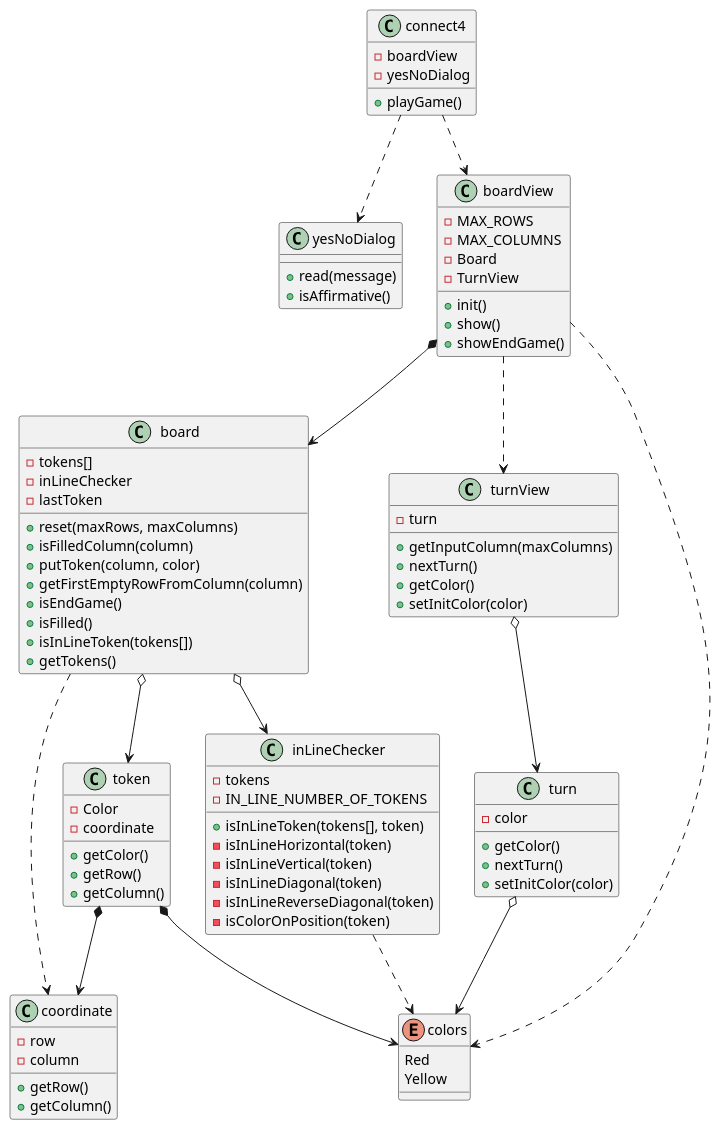
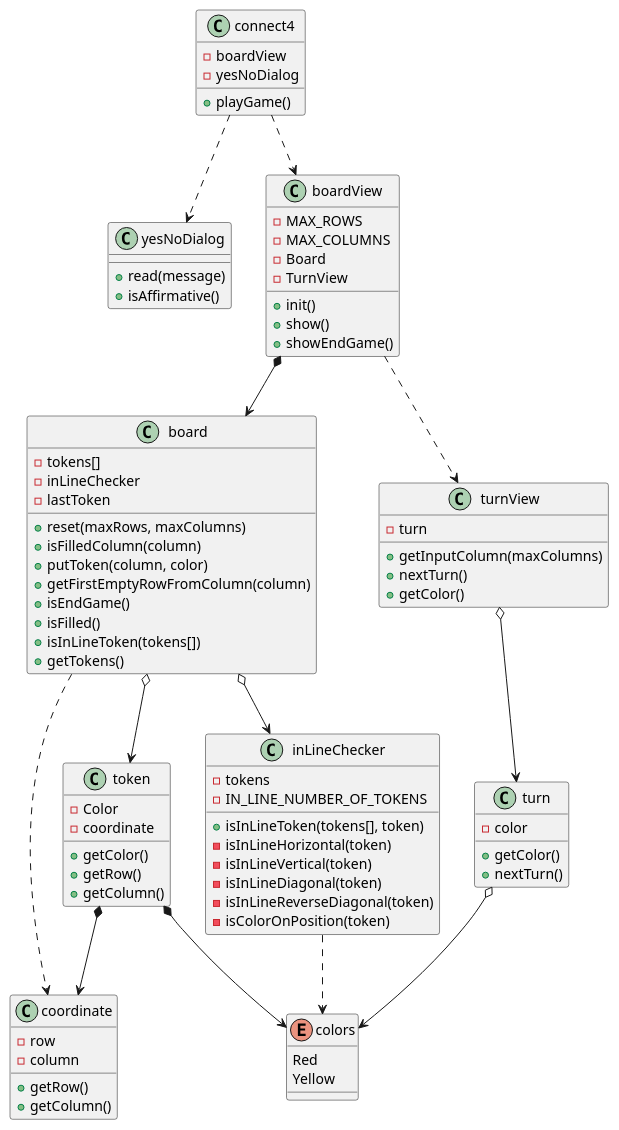
One commit to jumpering/connect4 changed the diagram in UML/softwareModel.puml. Above: the diagram before and after it, drawn with PlantUML. The commit also changed 2 other files, not shown here.

Commit message:
remove setInitColor and refactor UML

```diff
--- a/UML/softwareModel.puml
+++ b/UML/softwareModel.puml
@@ -1,93 +1,90 @@
 @startuml
 
 class connect4{
     - boardView
     - yesNoDialog
     + playGame()
 }
 class yesNoDialog{
     + read(message)
     + isAffirmative()
 }
 class board{
     - tokens[]
     - inLineChecker
     - lastToken
     + reset(maxRows, maxColumns)
     + isFilledColumn(column)
     + putToken(column, color)
     + getFirstEmptyRowFromColumn(column)
     + isEndGame()
     + isFilled()
     + isInLineToken(tokens[])
     + getTokens()
 }
 class boardView{
     - MAX_ROWS
     - MAX_COLUMNS
     - Board
     - TurnView
     + init()
     + show()
     + showEndGame()
 }
 class inLineChecker{
     - tokens
     - IN_LINE_NUMBER_OF_TOKENS
     + isInLineToken(tokens[], token)
     - isInLineHorizontal(token)
     - isInLineVertical(token)
     - isInLineDiagonal(token)
     - isInLineReverseDiagonal(token)
     - isColorOnPosition(token)
 }
 
 class token{
     - Color
     - coordinate
     + getColor()
     + getRow()
     + getColumn()
 }
 
 class coordinate {
     - row 
     - column
     + getRow()
     + getColumn()
 }
 
 class turnView{
     - turn
     + getInputColumn(maxColumns)
     + nextTurn()
     + getColor()
-    + setInitColor(color)
 }
 
 class turn{
     - color
     + getColor()
     + nextTurn()
-    + setInitColor(color)
 }
 
 enum colors{
 Red
 Yellow
 }
 
 connect4 ..> boardView
 connect4 ..> yesNoDialog
 boardView *--> board
 boardView ..> turnView
-boardView ..> colors
 turnView o--> turn
 board o--> token
 board o--> inLineChecker
 board ..> coordinate
 inLineChecker ..> colors
 turn o--> colors
 token *--> colors
 token *--> coordinate
 @enduml
```
